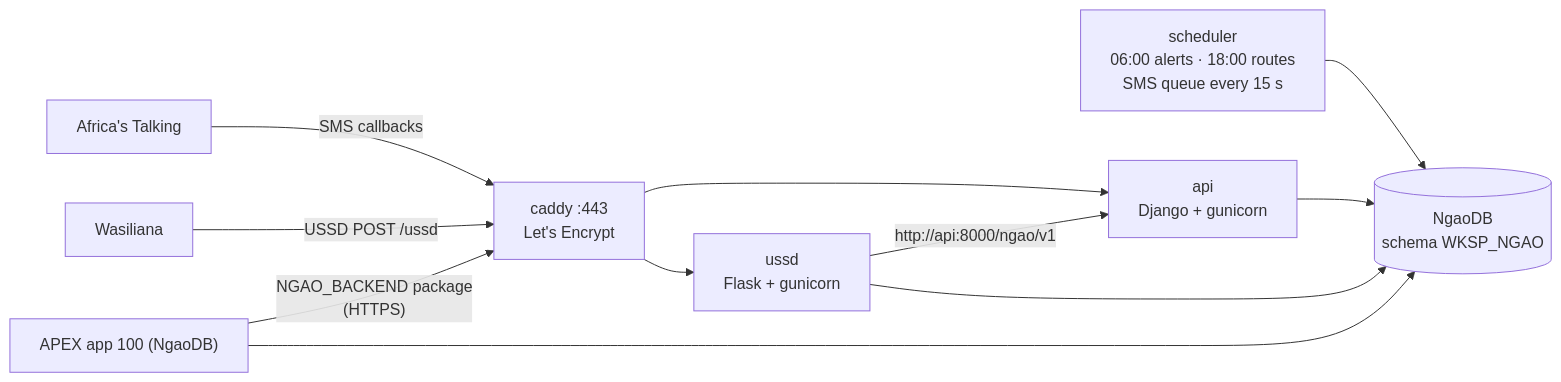
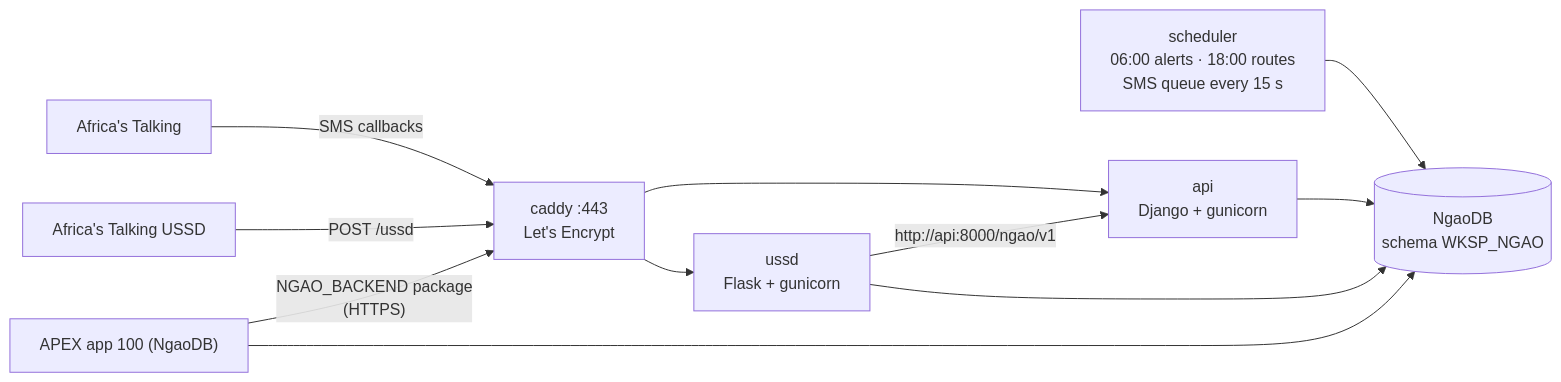
The diagram in docs/DEPLOY_VM.md (ChristopherKiokoStrathmore/DrainSense-Global), drawn with Mermaid before and after one commit. The commit also changed other lines of this file and 9 other files, not shown here.

First line of the commit message:
USSD: use Africa's Talking as the default gateway

````diff
--- a/docs/DEPLOY_VM.md
+++ b/docs/DEPLOY_VM.md
@@ -16,13 +16,13 @@
 ```mermaid
 flowchart LR
   AT["Africa's Talking"] -- "SMS callbacks" --> C
-  WA["Wasiliana"] -- "USSD POST /ussd" --> C
+  WA["Africa's Talking USSD"] -- "POST /ussd" --> C
   APEX["APEX app 100 (NgaoDB)"] -- "NGAO_BACKEND package\n(HTTPS)" --> C
   C["caddy :443\nLet's Encrypt"] --> API["api\nDjango + gunicorn"]
   C --> U["ussd\nFlask + gunicorn"]
   U -- "http://api:8000/ngao/v1" --> API
   S["scheduler\n06:00 alerts · 18:00 routes\nSMS queue every 15 s"] --> DB
   API --> DB[("NgaoDB\nschema WKSP_NGAO")]
   U --> DB
   APEX --> DB
 ```
````
